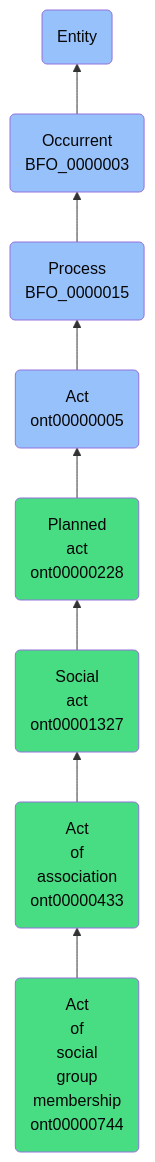
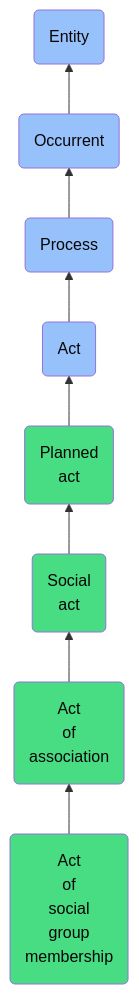
Before and after one commit to jupyter-naas/abi: the diagram in docs/ontology/reference/model/Entity/Occurrent/Process/Act/Planned act/Social act/Act of association/Act of social group membership/Act of social group membership.md, drawn with Mermaid. The commit also changed other lines of this file and 1430 other files, not shown here.

````diff
--- a/docs/ontology/reference/model/Entity/Occurrent/Process/Act/Planned act/Social act/Act of association/Act of social group membership/Act of social group membership.md
+++ b/docs/ontology/reference/model/Entity/Occurrent/Process/Act/Planned act/Social act/Act of association/Act of social group membership/Act of social group membership.md
@@ -24,15 +24,15 @@
 ```mermaid
 graph BT
-    ont00000744(Act<br>of<br>social<br>group<br>membership<br>ont00000744):::ABI-->ont00000433
-    ont00000433(Act<br>of<br>association<br>ont00000433):::ABI-->ont00001327
-    ont00001327(Social<br>act<br>ont00001327):::ABI-->ont00000228
-    ont00000228(Planned<br>act<br>ont00000228):::ABI-->ont00000005
-    ont00000005(Act<br>ont00000005):::BFO-->BFO_0000015
-    BFO_0000015(Process<br>BFO_0000015):::BFO-->BFO_0000003
-    BFO_0000003(Occurrent<br>BFO_0000003):::BFO-->BFO_0000001
+    ont00000744(Act<br>of<br>social<br>group<br>membership):::ABI-->ont00000433
+    ont00000433(Act<br>of<br>association):::ABI-->ont00001327
+    ont00001327(Social<br>act):::ABI-->ont00000228
+    ont00000228(Planned<br>act):::ABI-->ont00000005
+    ont00000005(Act):::BFO-->BFO_0000015
+    BFO_0000015(Process):::BFO-->BFO_0000003
+    BFO_0000003(Occurrent):::BFO-->BFO_0000001
     BFO_0000001(Entity):::BFO
     
     classDef BFO fill:#97c1fb,color:#060606
     classDef CCO fill:#e4c51e,color:#060606
     classDef ABI fill:#48DD82,color:#060606
 ```
````
